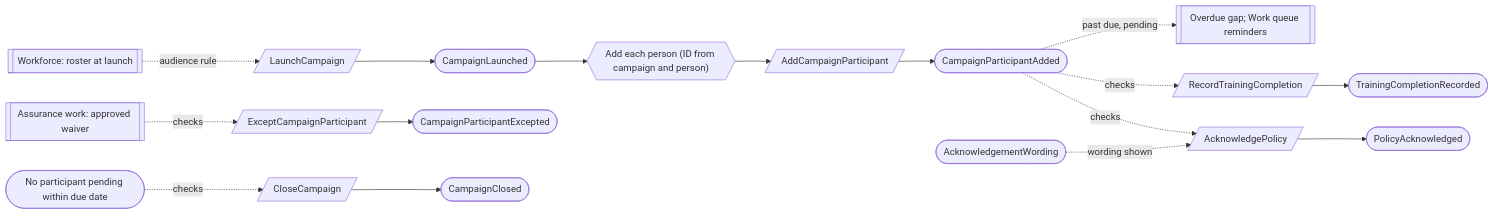
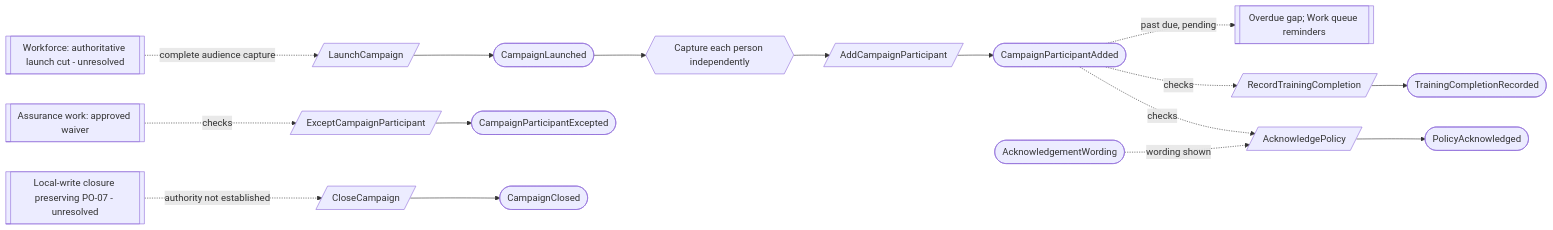
The fifth of 6 diagrams in docs/proposed/contexts/policies.md (bdgrz/compliance-core), drawn with Mermaid before and after one commit. The commit also changed other lines of this file and 1812 other files, not shown here.

````diff
--- a/docs/proposed/contexts/policies.md
+++ b/docs/proposed/contexts/policies.md
@@ -220,12 +329,12 @@
 ```mermaid
 flowchart LR
-    RO[[Workforce: roster at launch]] -. "audience rule" .-> C1
+    RO[[Workforce: authoritative launch cut - unresolved]] -. "complete audience capture" .-> C1
     C1[/LaunchCampaign/] --> E1([CampaignLaunched])
-    E1 --> R1{{"Add each person (ID from campaign and person)"}} --> C2[/AddCampaignParticipant/] --> E2([CampaignParticipantAdded])
+    E1 --> R1{{"Capture each person independently"}} --> C2[/AddCampaignParticipant/] --> E2([CampaignParticipantAdded])
     E2 -. checks .-> C3[/AcknowledgePolicy/] --> E3([PolicyAcknowledged])
     W([AcknowledgementWording]) -. "wording shown" .-> C3
     E2 -. checks .-> C4[/RecordTrainingCompletion/] --> E4([TrainingCompletionRecorded])
     WV[[Assurance work: approved waiver]] -. checks .-> C5[/ExceptCampaignParticipant/] --> E5([CampaignParticipantExcepted])
     E2 -. "past due, pending" .-> G1[[Overdue gap; Work queue reminders]]
-    P([No participant pending within due date]) -. checks .-> C6[/CloseCampaign/] --> E6([CampaignClosed])
+    P[["Local-write closure preserving PO-07 - unresolved"]] -. "authority not established" .-> C6[/CloseCampaign/] --> E6([CampaignClosed])
 ```
````
